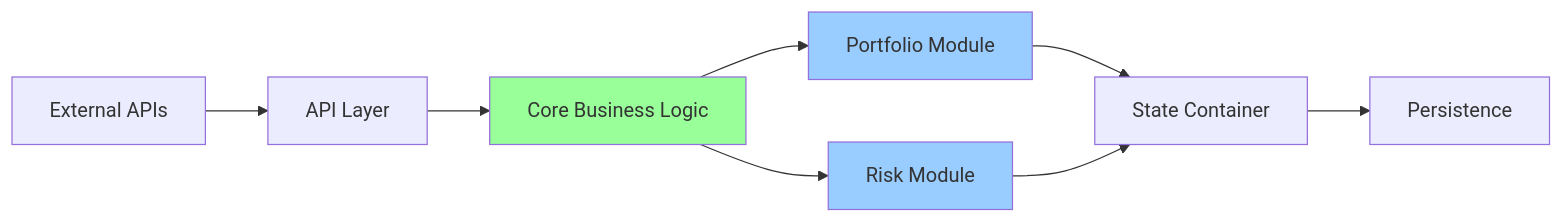
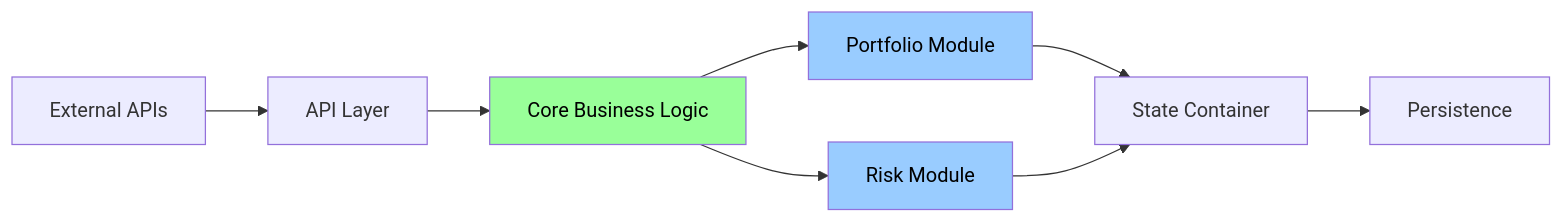
The fourth of 15 diagrams in workflow/business_logic_refactor/04_business_logic_core_look.md (plataplomo/hummingbot), drawn with Mermaid before and after one commit. The commit also changed other lines of this file and 33 other files, not shown here.

First line of the commit message:
Comprehensive refactor and architectural analysis for CyberDeltaEngine (#65)

````diff
--- a/workflow/business_logic_refactor/04_business_logic_core_look.md
+++ b/workflow/business_logic_refactor/04_business_logic_core_look.md
@@ -143,14 +152,14 @@
 ```mermaid
 graph LR
     A[External APIs] --> B[API Layer]
     B --> C[Core Business Logic]
     C --> D[Portfolio Module]
     C --> E[Risk Module]
     D --> F[State Container]
     E --> F
     F --> G[Persistence]
     
-    style C fill:#99ff99
-    style D fill:#99ccff
-    style E fill:#99ccff
+    style C fill:#99ff99,color:#000
+    style D fill:#99ccff,color:#000
+    style E fill:#99ccff,color:#000
 ```
````
